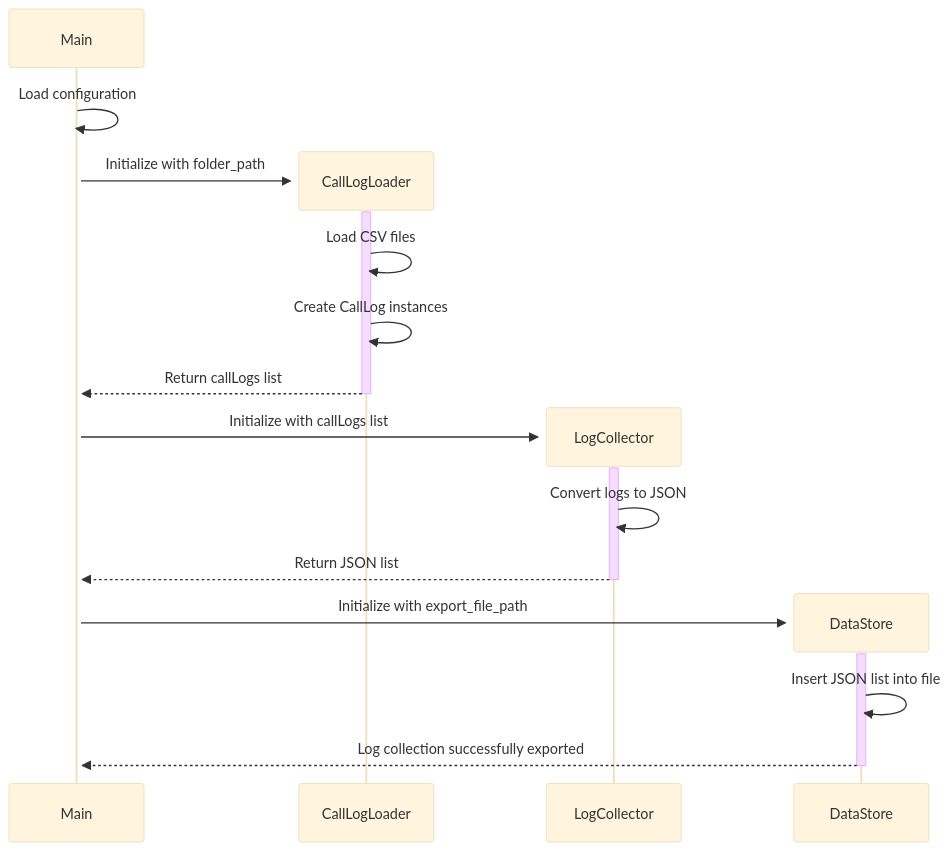
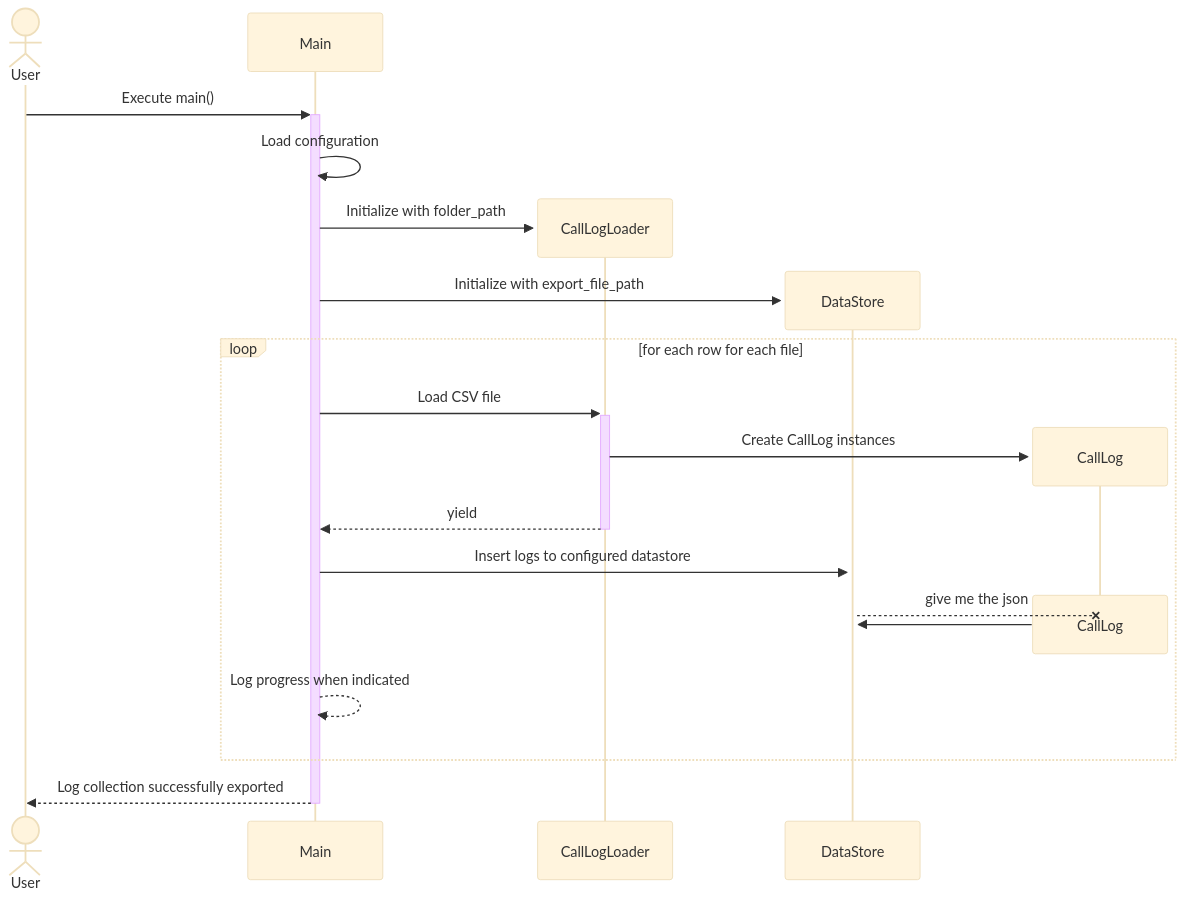
Before and after one commit to Davide-OttoneCasagrande/Call-Log-Handler: the third of 5 diagrams in docs/drs.md, drawn with Mermaid (base theme). The commit also changed other lines of this file and 5 other files, not shown here.

Commit message:
Refactored call log processing to use a generator (yield)

```diff
--- a/docs/drs.md
+++ b/docs/drs.md
@@ -219,23 +216,30 @@
 ::: mermaid
  sequenceDiagram
+    actor User
     participant Main
 
-    Main->>+Main: Load configuration
+    User->>+Main: Execute main()
+    Main->>Main: Load configuration
 
     create participant CallLogLoader 
-    Main->>+CallLogLoader: Initialize with folder_path
-    CallLogLoader->>CallLogLoader: Load CSV files
-    CallLogLoader->>CallLogLoader: Create CallLog instances
-    CallLogLoader-->>-Main: Return callLogs list
-
-    create participant LogCollector
-    Main->>+LogCollector: Initialize with callLogs list
-    LogCollector->>LogCollector: Convert logs to JSON
-    LogCollector-->>-Main: Return JSON list
+    Main->>CallLogLoader: Initialize with folder_path
 
     create participant DataStore
-    Main->>+DataStore: Initialize with export_file_path
-    DataStore->>DataStore: Insert JSON list into file
-    DataStore-->>-Main: Log collection successfully exported 
+    Main->>DataStore: Initialize with export_file_path
+
+    loop for each row for each file
+    Main->>+CallLogLoader: Load CSV file
+    create participant CallLog
+    CallLogLoader->>CallLog: Create CallLog instances
+    CallLogLoader-->>-Main: yield
+
+    Main->>+DataStore: Insert logs to configured datastore
+    DataStore--XCallLog: give me the json
+    destroy CallLog
+    CallLog->>DataStore: 
+    Main-->>Main: Log progress when indicated
+    end
+    
+    Main-->>-User: Log collection successfully exported
 
 :::
```
